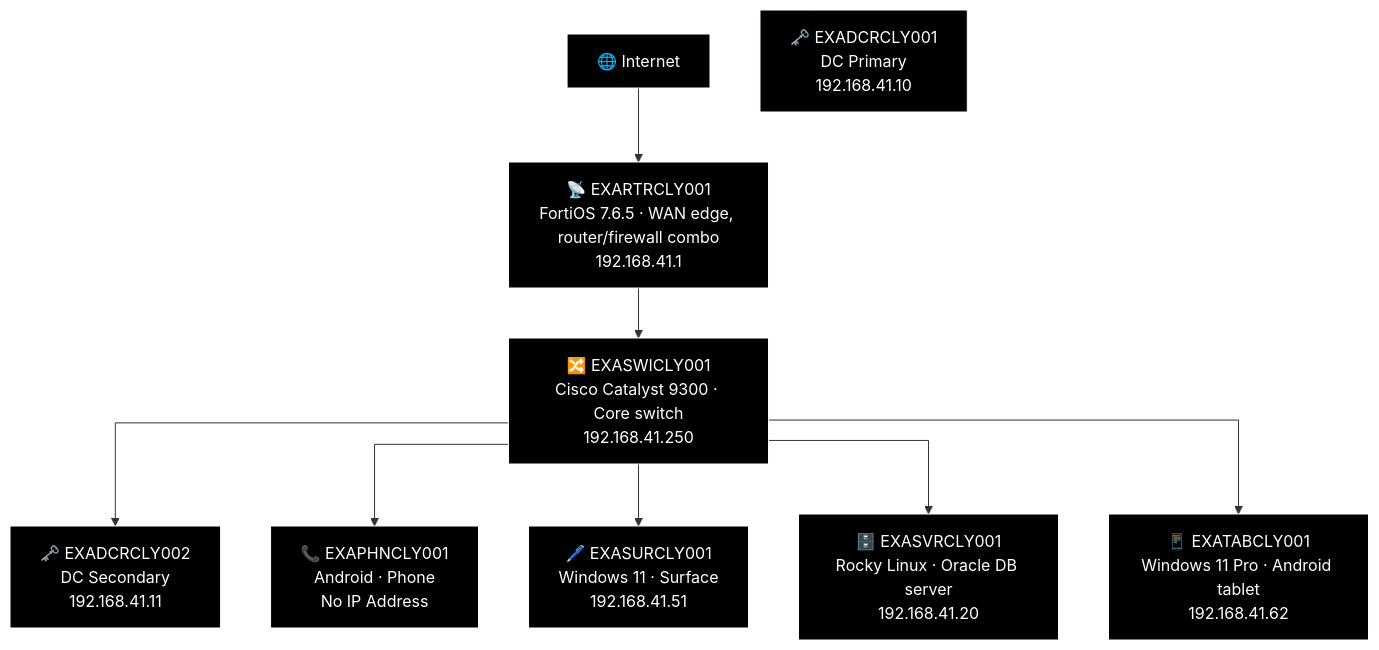
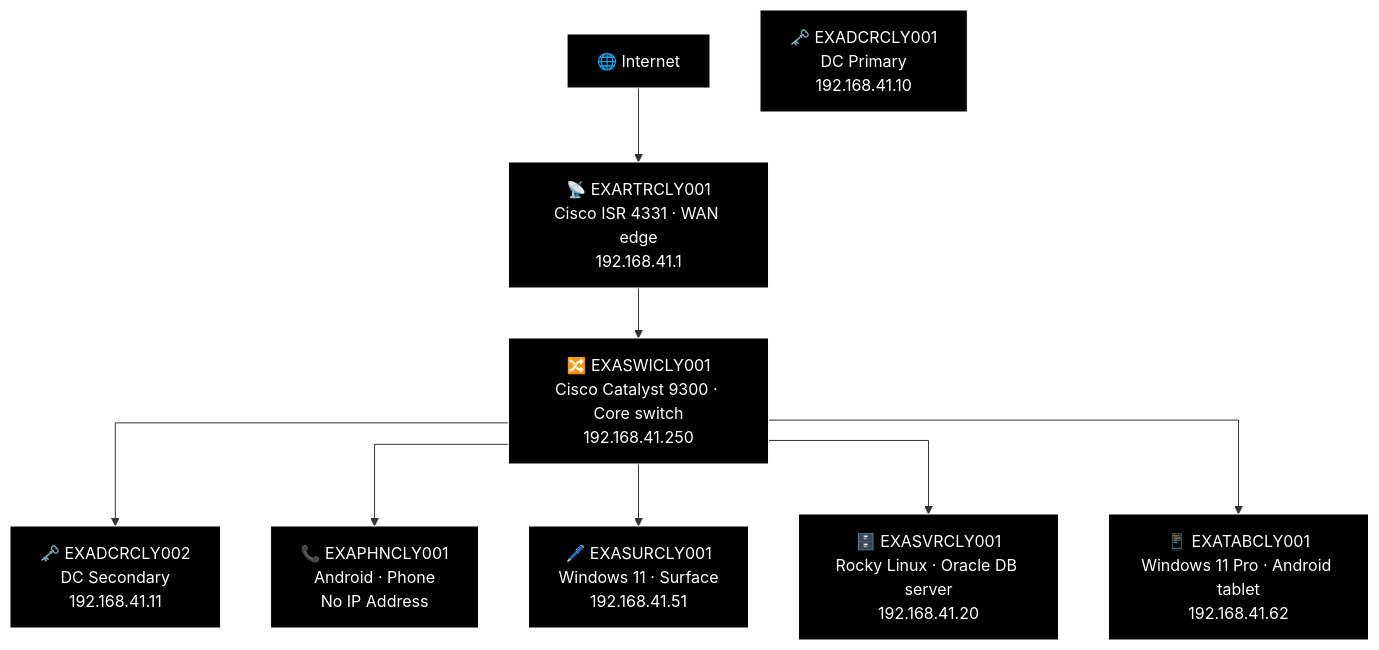
One commit to knightmare2600/example_music_infra changed the tenth of 21 diagrams in docs/network-diagram/scotland.md. Above: the diagram before and after it, drawn with Mermaid. The commit also changed other lines of this file and 19 other files, not shown here.

````diff
--- a/docs/network-diagram/scotland.md
+++ b/docs/network-diagram/scotland.md
@@ -648,32 +648,32 @@
 ```mermaid
 %% GENERATED:OLDNETWORK:CLY:START
 %%{init: {'flowchart': {'curve': 'stepAfter'}}}%%
 graph TD
     O_INET["🌐 Internet"]
-    O_RTR["📡 EXARTRCLY001<br/>FortiOS 7.6.5 · WAN edge, router/firewall combo<br/>192.168.41.1"]
+    O_RTR["📡 EXARTRCLY001<br/>Cisco ISR 4331 · WAN edge<br/>192.168.41.1"]
     O_SWI["🔀 EXASWICLY001<br/>Cisco Catalyst 9300 · Core switch<br/>192.168.41.250"]
     O_DCR1["🗝️ EXADCRCLY001<br/>DC Primary<br/>192.168.41.10"]
     O_DCR2["🗝️ EXADCRCLY002<br/>DC Secondary<br/>192.168.41.11"]
     O_PHN["📞 EXAPHNCLY001<br/>Android · Phone<br/>No IP Address"]
     O_SUR["🖊️ EXASURCLY001<br/>Windows 11 · Surface<br/>192.168.41.51"]
     O_SVR["🗄️ EXASVRCLY001<br/>Rocky Linux · Oracle DB server<br/>192.168.41.20"]
     O_TAB["📱 EXATABCLY001<br/>Windows 11 Pro · Android tablet<br/>192.168.41.62"]
     O_INET --> O_RTR
     O_RTR --> O_SWI
     O_SWI --> O_DCR2
     O_SWI --> O_PHN
     O_SWI --> O_SUR
     O_SWI --> O_SVR
     O_SWI --> O_TAB
 
     style O_INET fill:#000000,stroke:#FFFFFF,color:#FFFFFF
     style O_RTR fill:#000000,stroke:#FFFFFF,color:#FFFFFF
     style O_SWI fill:#000000,stroke:#FFFFFF,color:#FFFFFF
     style O_DCR1 fill:#000000,stroke:#FFFFFF,color:#FFFFFF
     style O_DCR2 fill:#000000,stroke:#FFFFFF,color:#FFFFFF
     style O_PHN fill:#000000,stroke:#FFFFFF,color:#FFFFFF
     style O_SUR fill:#000000,stroke:#FFFFFF,color:#FFFFFF
     style O_SVR fill:#000000,stroke:#FFFFFF,color:#FFFFFF
     style O_TAB fill:#000000,stroke:#FFFFFF,color:#FFFFFF
 %% GENERATED:OLDNETWORK:CLY:END
 ```
````
